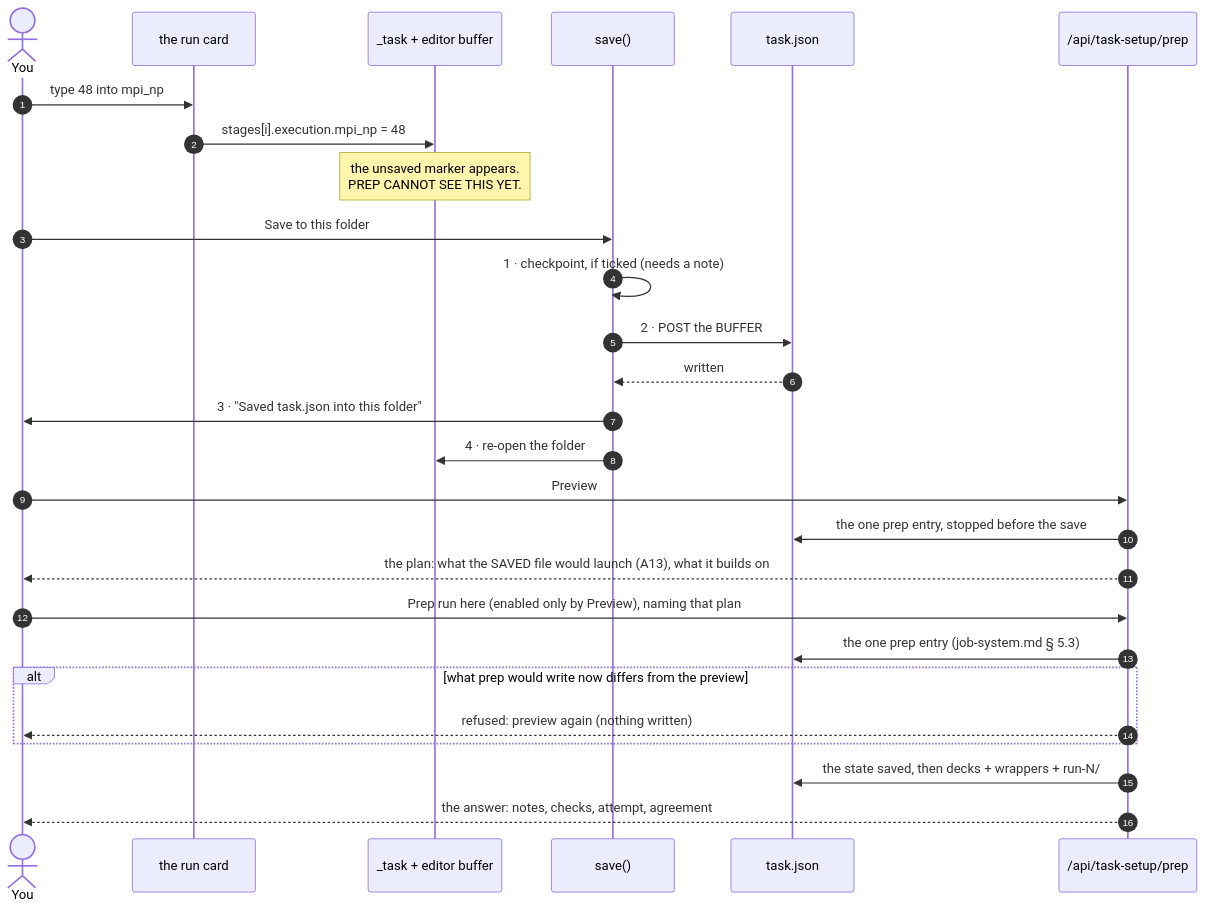
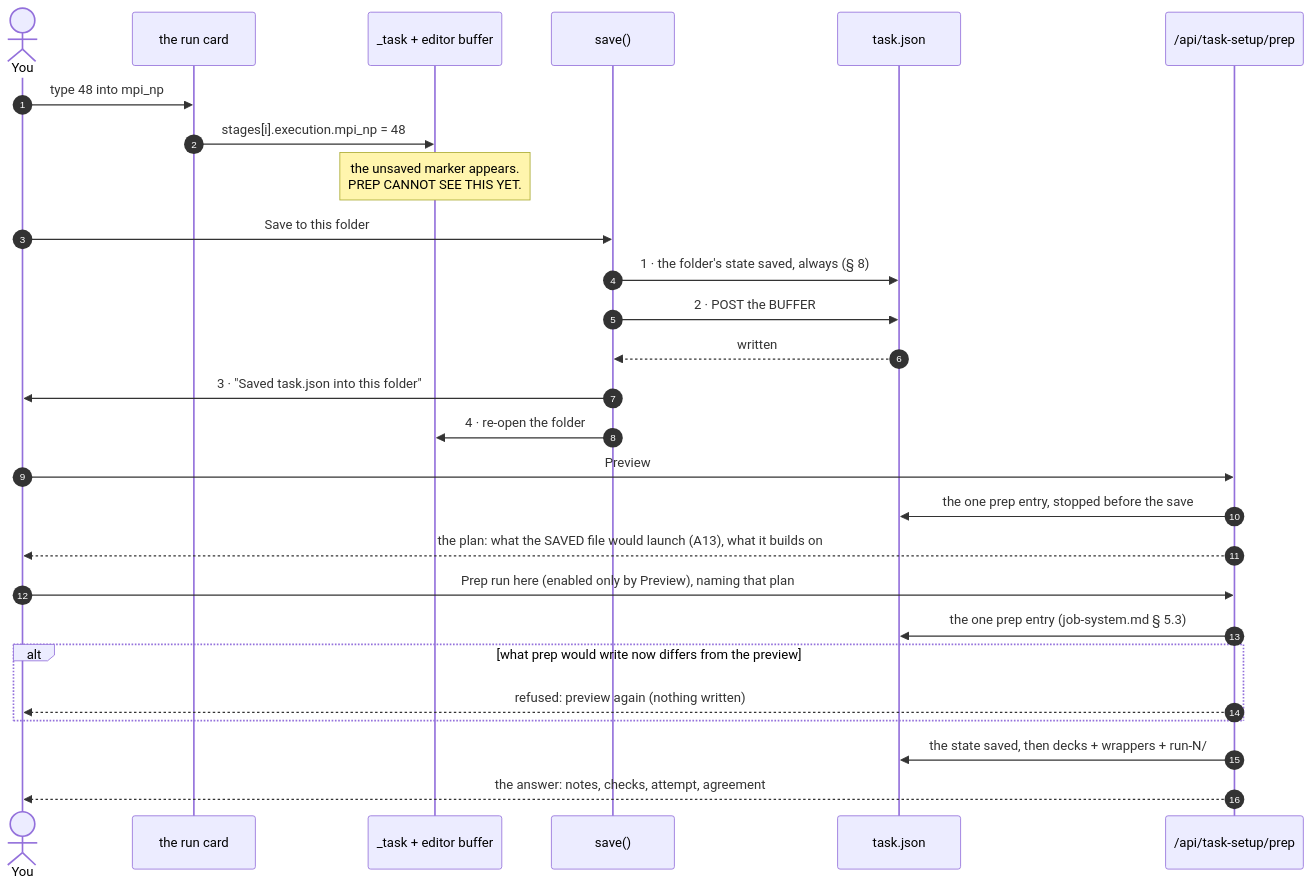
Before and after one commit to Qing-LAB/molbuilder: the diagram in docs/web/task-setup.md, drawn with Mermaid. The commit also changed other lines of this file and 33 other files, not shown here.

````diff
--- a/docs/web/task-setup.md
+++ b/docs/web/task-setup.md
@@ -739,32 +739,32 @@
 ```mermaid
 sequenceDiagram
     autonumber
     actor You
     participant Card as the run card
     participant Model as _task + editor buffer
     participant Save as save()
     participant Disk as task.json
     participant Prep as /api/task-setup/prep
 
     You->>Card: type 48 into mpi_np
     Card->>Model: stages[i].execution.mpi_np = 48
     Note over Model: the unsaved marker appears.<br/>PREP CANNOT SEE THIS YET.
 
     You->>Save: Save to this folder
-    Save->>Save: 1 · checkpoint, if ticked (needs a note)
+    Save->>Disk: 1 · the folder's state saved, always (§ 8)
     Save->>Disk: 2 · POST the BUFFER
     Disk-->>Save: written
     Save->>You: 3 · "Saved task.json into this folder"
     Save->>Model: 4 · re-open the folder
 
     You->>Prep: Preview
     Prep->>Disk: the one prep entry, stopped before the save
     Prep-->>You: the plan: what the SAVED file would launch (A13), what it builds on
     You->>Prep: Prep run here (enabled only by Preview), naming that plan
     Prep->>Disk: the one prep entry (job-system.md § 5.3)
     alt what prep would write now differs from the preview
       Prep-->>You: refused: preview again (nothing written)
     end
     Prep->>Disk: the state saved, then decks + wrappers + run-N/
     Prep-->>You: the answer: notes, checks, attempt, agreement
 ```
````
